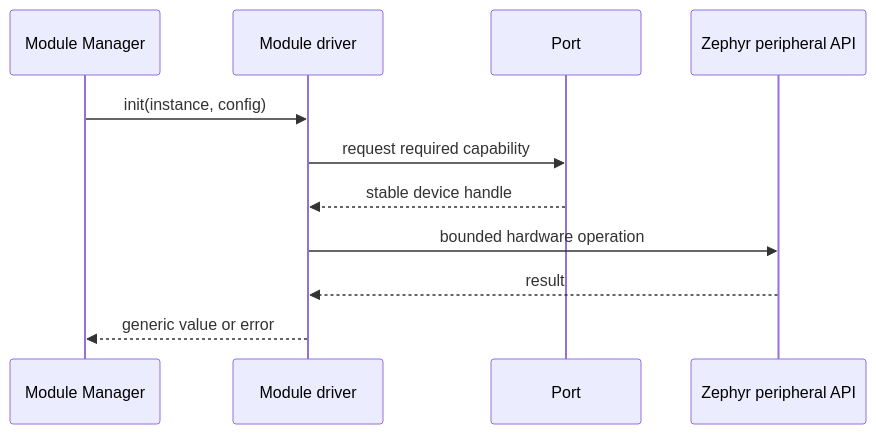
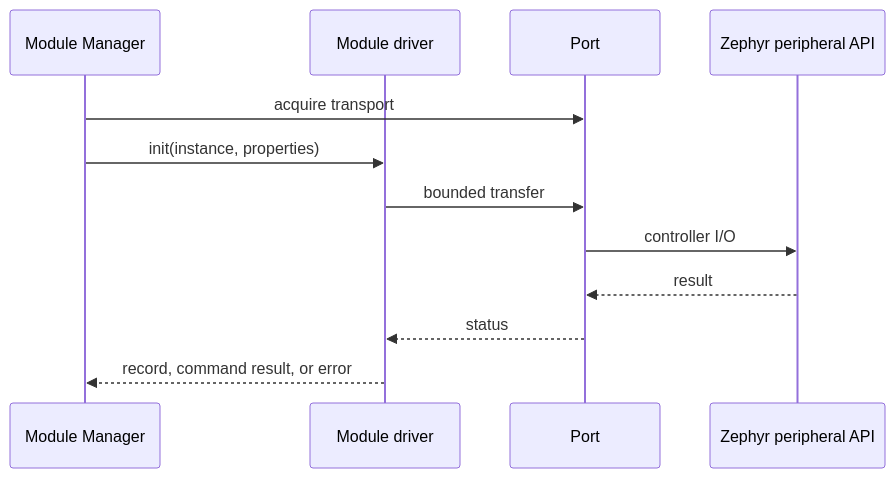
The diagram in Firmware/core/spaghetti_modules/README.md (andreapiccini/SpaghettiLAB), drawn with Mermaid before and after one commit. The commit also changed other lines of this file and 24 other files, not shown here.

````diff
--- a/Firmware/core/spaghetti_modules/README.md
+++ b/Firmware/core/spaghetti_modules/README.md
@@ -139,13 +79,14 @@
 ```mermaid
 sequenceDiagram
     participant Manager as Module Manager
     participant Driver as Module driver
     participant Port
     participant Zephyr as Zephyr peripheral API
-    Manager->>Driver: init(instance, config)
-    Driver->>Port: request required capability
-    Port-->>Driver: stable device handle
-    Driver->>Zephyr: bounded hardware operation
-    Zephyr-->>Driver: result
-    Driver-->>Manager: generic value or error
+    Manager->>Port: acquire transport
+    Manager->>Driver: init(instance, properties)
+    Driver->>Port: bounded transfer
+    Port->>Zephyr: controller I/O
+    Zephyr-->>Port: result
+    Port-->>Driver: status
+    Driver-->>Manager: record, command result, or error
 ```
````
